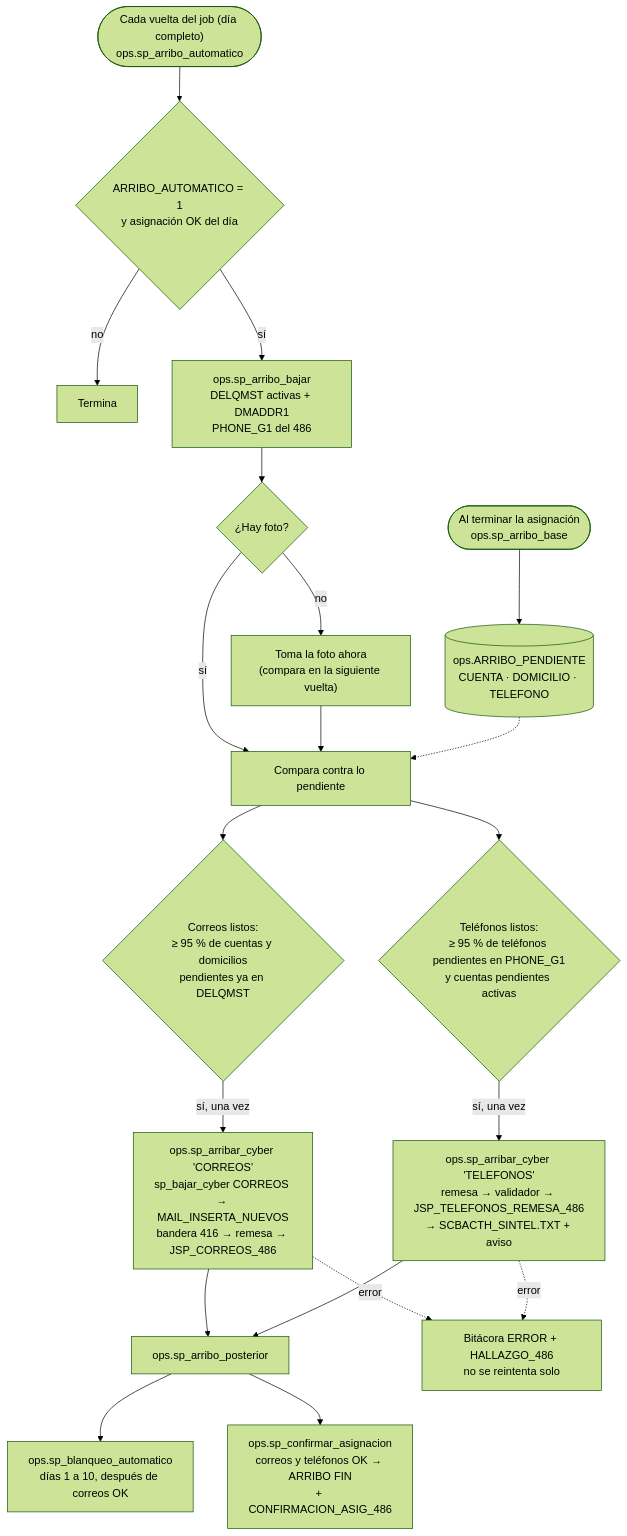
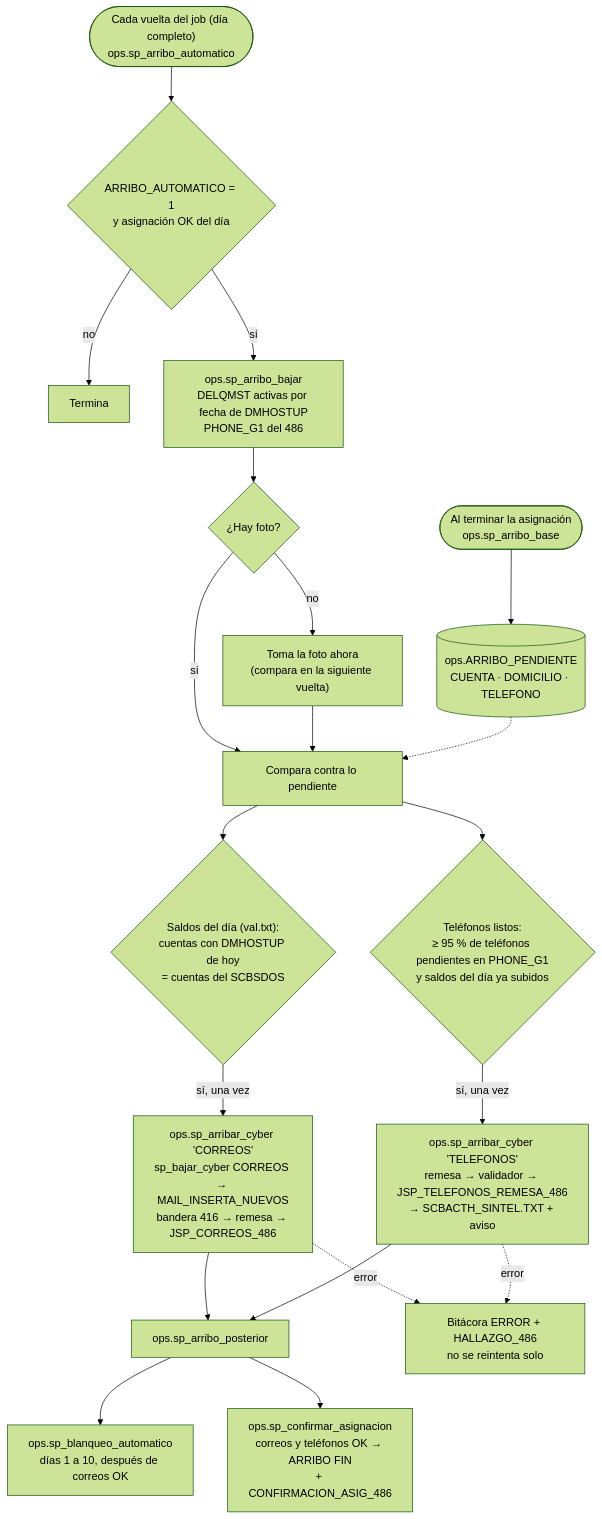
The diagram in docs/flujo/mmd/05_arribo_cyber.mmd (0marMF/Banbaj), drawn with Mermaid (forest theme) before and after one commit. The commit also changed 22 other files, not shown here.

First line of the commit message:
Docs y diagrama: validacion de saldos por DMHOSTUP y entradas txt/csv; Word regenerados

```diff
--- a/docs/flujo/mmd/05_arribo_cyber.mmd
+++ b/docs/flujo/mmd/05_arribo_cyber.mmd
@@ -1,20 +1,20 @@
 flowchart TD
     B0(["Al terminar la asignación<br/>ops.sp_arribo_base"]) --> B1[("ops.ARRIBO_PENDIENTE<br/>CUENTA · DOMICILIO · TELEFONO")]
     J(["Cada vuelta del job (día completo)<br/>ops.sp_arribo_automatico"]) --> J1{"ARRIBO_AUTOMATICO = 1<br/>y asignación OK del día"}
     J1 -- no --> JX["Termina"]
-    J1 -- sí --> J2["ops.sp_arribo_bajar<br/>DELQMST activas + DMADDR1<br/>PHONE_G1 del 486"]
+    J1 -- sí --> J2["ops.sp_arribo_bajar<br/>DELQMST activas por fecha de DMHOSTUP<br/>PHONE_G1 del 486"]
     J2 --> J3{"¿Hay foto?"}
     J3 -- no --> J4["Toma la foto ahora<br/>(compara en la siguiente vuelta)"]
     J3 -- sí --> J5
     J4 --> J5["Compara contra lo pendiente"]
     B1 -.-> J5
-    J5 --> C1{"Correos listos:<br/>≥ 95 % de cuentas y domicilios<br/>pendientes ya en DELQMST"}
+    J5 --> C1{"Saldos del día (val.txt):<br/>cuentas con DMHOSTUP de hoy<br/>= cuentas del SCBSDOS"}
     C1 -- sí, una vez --> C2["ops.sp_arribar_cyber 'CORREOS'<br/>sp_bajar_cyber CORREOS → MAIL_INSERTA_NUEVOS<br/>bandera 416 → remesa → JSP_CORREOS_486"]
-    J5 --> T1{"Teléfonos listos:<br/>≥ 95 % de teléfonos pendientes en PHONE_G1<br/>y cuentas pendientes activas"}
+    J5 --> T1{"Teléfonos listos:<br/>≥ 95 % de teléfonos pendientes en PHONE_G1<br/>y saldos del día ya subidos"}
     T1 -- sí, una vez --> T2["ops.sp_arribar_cyber 'TELEFONOS'<br/>remesa → validador → JSP_TELEFONOS_REMESA_486<br/>→ SCBACTH_SINTEL.TXT + aviso"]
     C2 --> P["ops.sp_arribo_posterior"]
     T2 --> P
     P --> P1["ops.sp_blanqueo_automatico<br/>días 1 a 10, después de correos OK"]
     P --> P2["ops.sp_confirmar_asignacion<br/>correos y teléfonos OK → ARRIBO FIN<br/>+ CONFIRMACION_ASIG_486"]
     C2 -. error .-> H["Bitácora ERROR + HALLAZGO_486<br/>no se reintenta solo"]
     T2 -. error .-> H
```
